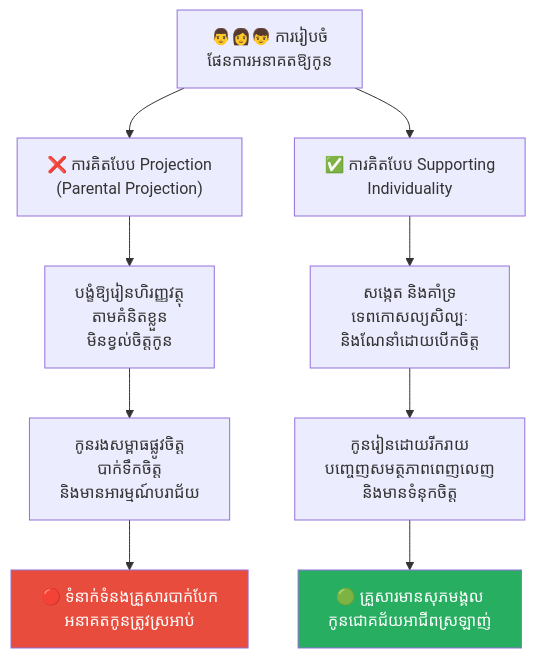
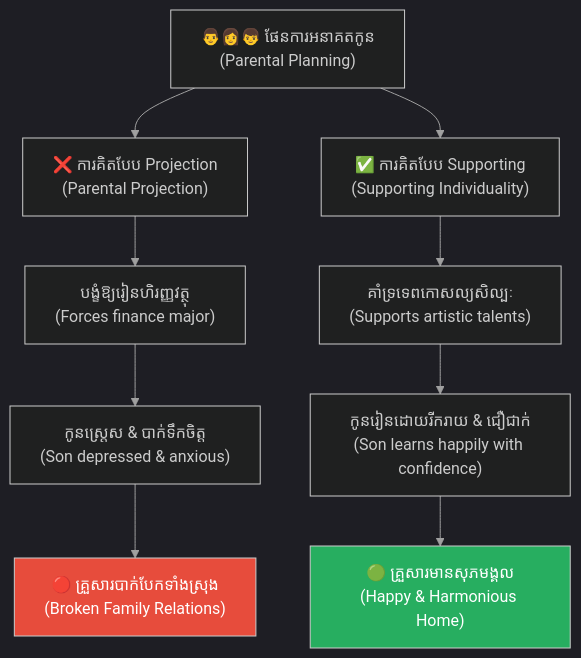
Before and after one commit to GuideStack/iblogger-feeds: the fourth of 5 diagrams in feeds/concepts/articles/04-projection-effect.md, drawn with Mermaid. The commit also changed other lines of this file, not shown here.

Commit message:
docs: upgrade 04-projection-effect to bilingual format

````diff
--- a/feeds/concepts/articles/04-projection-effect.md
+++ b/feeds/concepts/articles/04-projection-effect.md
@@ -145,16 +238,25 @@
 ```mermaid
+%%{init: {
+  'theme': 'dark',
+  'themeVariables': {
+    'background': '#1e1e1e',
+    'primaryTextColor': '#ffffff',
+    'lineColor': '#a0a0a0'
+  },
+  'themeCSS': 'svg { background-color: #1e1e1e !important; padding: 1rem !important; border-radius: 8px !important; } .edgeLabel rect { fill: #1e1e1e !important; } text, tspan { fill: #ffffff !important; }'
+}}%%
 graph TD
-    A["👨‍👩‍👦 ការរៀបចំ<br/>ផែនការអនាគតឱ្យកូន"] --> B1["❌ ការគិតបែប Projection<br/>(Parental Projection)"]
-    A --> B2["✅ ការគិតបែប Supporting<br/>Individuality"]
+    A["👨‍👩‍👦 ផែនការអនាគតកូន<br/>(Parental Planning)"] --> B1["❌ ការគិតបែប Projection<br/>(Parental Projection)"]
+    A --> B2["✅ ការគិតបែប Supporting<br/>(Supporting Individuality)"]
     
-    B1 --> C1["បង្ខំឱ្យរៀនហិរញ្ញវត្ថុ<br/>តាមគំនិតខ្លួន<br/>មិនខ្វល់ចិត្តកូន"]
-    C1 --> D1["កូនរងសម្ពាធផ្លូវចិត្ត<br/>បាក់ទឹកចិត្ត<br/>និងមានអារម្មណ៍បរាជ័យ"]
-    D1 --> E1["🔴 ទំនាក់ទំនងគ្រួសារបាក់បែក<br/>អនាគតកូនត្រូវស្រអាប់"]
+    B1 --> C1["បង្ខំឱ្យរៀនហិរញ្ញវត្ថុ<br/>(Forces finance major)"]
+    C1 --> D1["កូនស្ត្រេស & បាក់ទឹកចិត្ត<br/>(Son depressed & anxious)"]
+    D1 --> E1["🔴 គ្រួសារបាក់បែកទាំងស្រុង<br/>(Broken Family Relations)"]
     
-    B2 --> C2["សង្កេត និងគាំទ្រ<br/>ទេពកោសល្យសិល្បៈ<br/>និងណែនាំដោយបើកចិត្ត"]
-    C2 --> D2["កូនរៀនដោយរីករាយ<br/>បញ្ចេញសមត្ថភាពពេញលេញ<br/>និងមានទំនុកចិត្ត"]
-    D2 --> E2["🟢 គ្រួសារមានសុភមង្គល<br/>កូនជោគជ័យអាជីពស្រឡាញ់"]
+    B2 --> C2["គាំទ្រទេពកោសល្យសិល្បៈ<br/>(Supports artistic talents)"]
+    C2 --> D2["កូនរៀនដោយរីករាយ & ជឿជាក់<br/>(Son learns happily with confidence)"]
+    D2 --> E2["🟢 គ្រួសារមានសុភមង្គល<br/>(Happy & Harmonious Home)"]
 
     style E1 fill:#e74c3c,color:#fff
     style E2 fill:#27ae60,color:#fff
 ```
````
